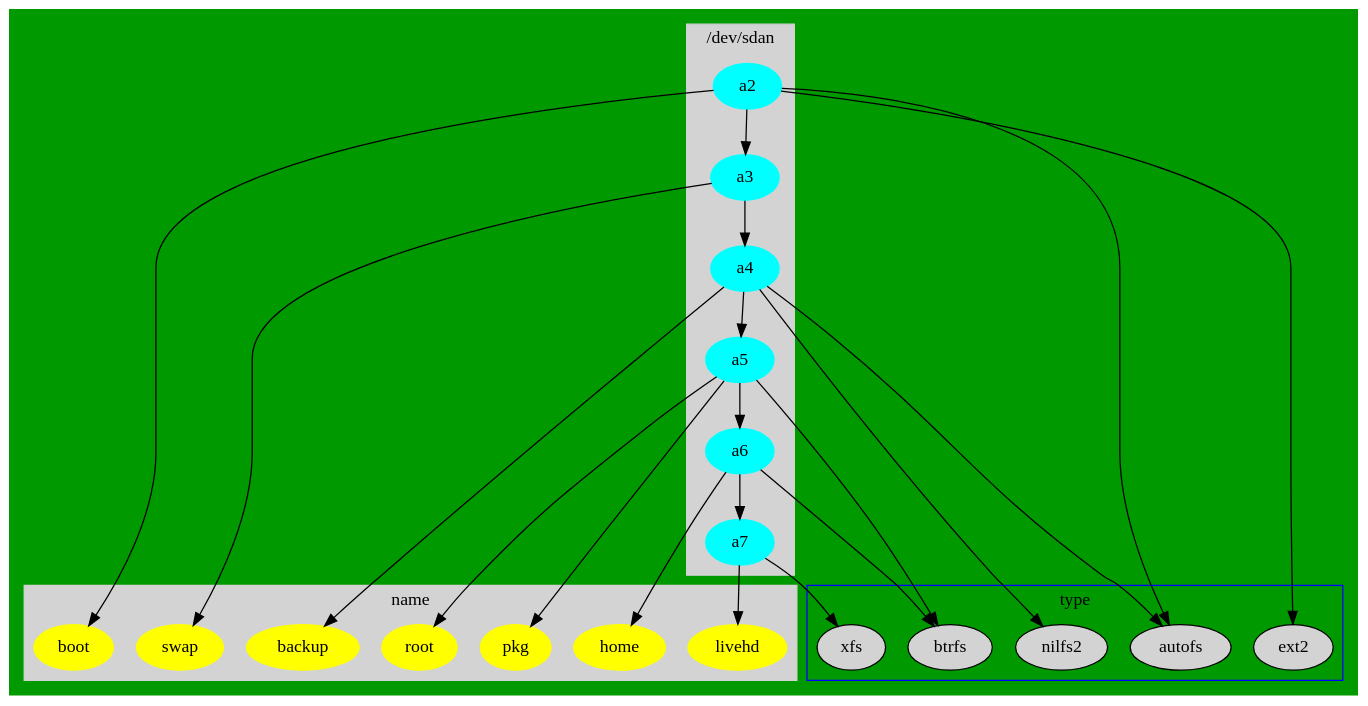
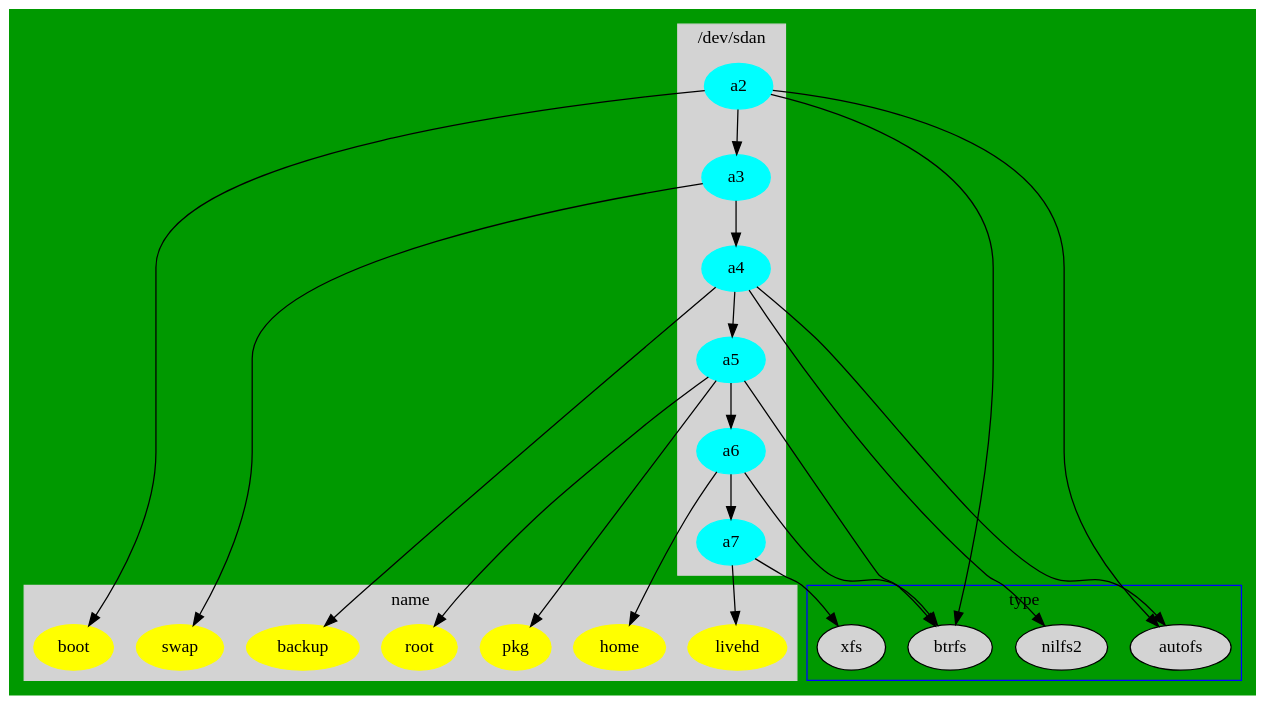
Before and after one commit to cdede/dotfiles: the diagram in dot/.config/dupl/parted.dot, drawn with Graphviz.

Commit message:
boot change to  btrfs

```diff
--- a/dot/.config/dupl/parted.dot
+++ b/dot/.config/dupl/parted.dot
@@ -1,51 +1,50 @@
 // dot -Tpng  parted.dot -o line1.png
 digraph G {
   bgcolor ="#009900";
 
 	subgraph cluster_0 {
 		style=filled;
 		color=lightgrey;
 		node [style=filled,color=cyan];
 		a2 -> a3 ->a4-> a5->a6->a7;
 		label = "/dev/sdan";
 	}
 
 	subgraph cluster_1 {
 		node [style=filled];
 		btrfs;
-                ext2;
                 xfs;
                 autofs;
                 nilfs2;
 		label = "type";
 		color=blue
 	}
 	subgraph cluster_2 {
 		style=filled;
 		color=lightgrey;
 		node [style=filled,color=yellow];
 		boot;
 		backup;
                 livehd;
 		root ;
                 pkg;  //  /var/cache/pacman/pkg
 		swap;
 		home;
 		label = "name";
 	}
 
 	a2 -> boot;
-	a2 -> ext2;
+	a2 -> btrfs;
 	a2 -> autofs;
         a3 -> swap ;
         a4 -> backup;
         a4 -> nilfs2;
         a4 -> autofs;
         a5 -> root ;
         a5 -> pkg ;
 	a5 -> btrfs;
 	a6 -> btrfs;
         a6 -> home;
         a7 ->livehd;
         a7 ->xfs;
 }
```
